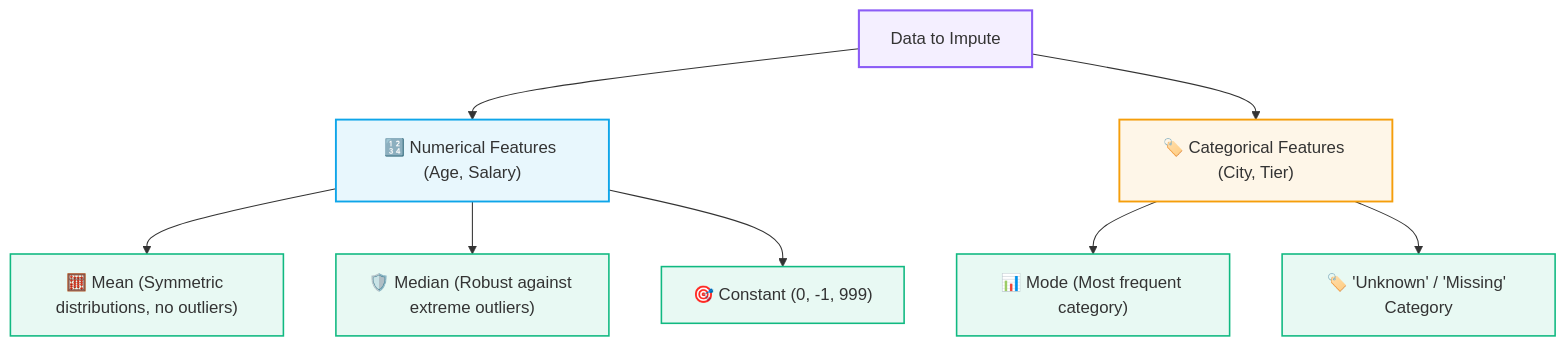
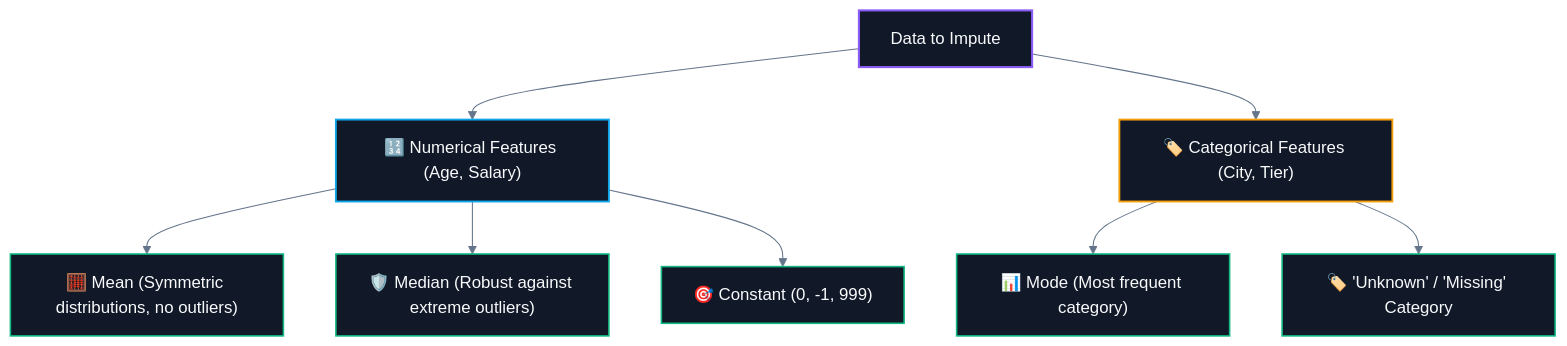
Before and after one commit to abhinavbharti2345/CS_Notes: the second of 4 diagrams in CS/AI & ML/02. Data Preprocessing/03. Missing Value Imputation.md, drawn with Mermaid. The commit also changed other lines of this file and 195 other files, not shown here.

````diff
--- a/CS/AI & ML/02. Data Preprocessing/03. Missing Value Imputation.md
+++ b/CS/AI & ML/02. Data Preprocessing/03. Missing Value Imputation.md
@@ -103,24 +104,25 @@
 ```mermaid
+%%{init: {'theme': 'base', 'themeVariables': { 'darkMode': true, 'background': '#0B0F14', 'mainBkg': '#111827', 'primaryColor': '#111827', 'primaryTextColor': '#F8FAFC', 'primaryBorderColor': '#38BDF8', 'lineColor': '#64748B', 'secondaryColor': '#0B0F14', 'tertiaryColor': '#0B0F14', 'clusterBkg': '#0B0F14', 'clusterBorder': '#38BDF8' }}}%%
 flowchart TD
     Data["Data to Impute"]
     
     Data --> Num["🔢 Numerical Features (Age, Salary)"]
     Data --> Cat["🏷️ Categorical Features (City, Tier)"]
     
     Num --> Mean["🧮 Mean (Symmetric distributions, no outliers)"]
     Num --> Median["🛡️ Median (Robust against extreme outliers)"]
     Num --> NumConst["🎯 Constant (0, -1, 999)"]
     
     Cat --> Mode["📊 Mode (Most frequent category)"]
     Cat --> CatConst["🏷️ 'Unknown' / 'Missing' Category"]
 
-    classDef root fill:#8b5cf618,stroke:#8b5cf6,stroke-width:2px;
-    classDef num fill:#0ea5e918,stroke:#0ea5e9,stroke-width:1.8px;
-    classDef cat fill:#f59e0b18,stroke:#f59e0b,stroke-width:1.8px;
-    classDef leaf fill:#10b98118,stroke:#10b981,stroke-width:1.5px;
+    classDef root fill:#111827,stroke:#8b5cf6,stroke-width:2px,color:#F8FAFC;
+    classDef num fill:#111827,stroke:#0ea5e9,stroke-width:1.8px,color:#F8FAFC;
+    classDef cat fill:#111827,stroke:#f59e0b,stroke-width:1.8px,color:#F8FAFC;
+    classDef leaf fill:#111827,stroke:#10b981,stroke-width:1.5px,color:#F8FAFC;
 
     class Data root;
     class Num num;
     class Cat cat;
     class Mean,Median,NumConst,Mode,CatConst leaf;
 ```
````
